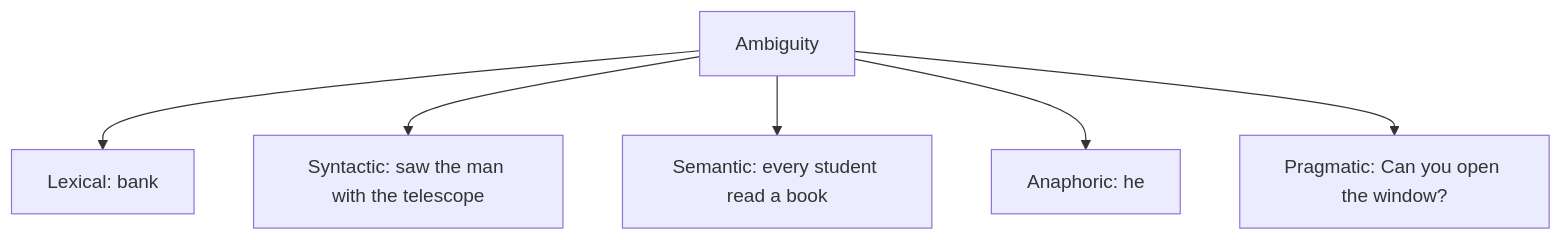
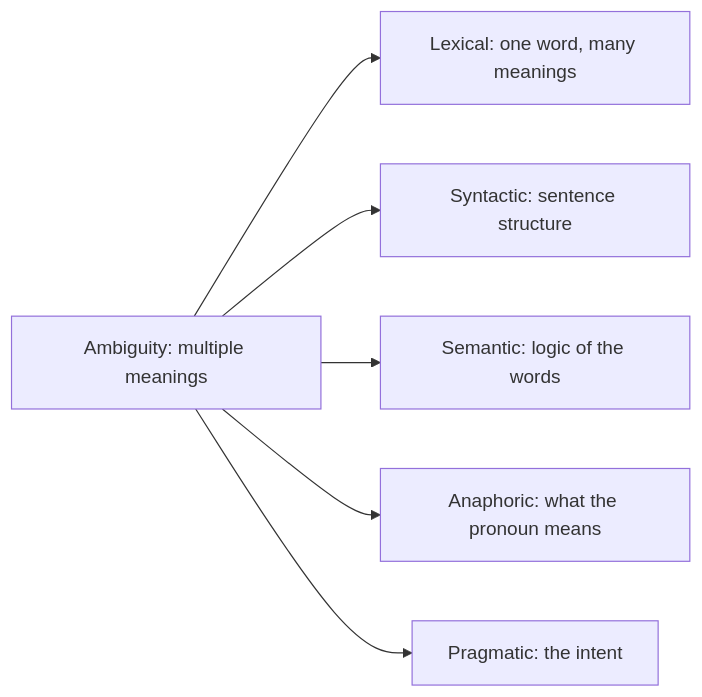
One commit to TrendySloth1001/sem-seven-notes changed the diagram in content/natural-language-processing/pyq/2024-12/q4b.mdx. Above: the diagram before and after it, drawn with Mermaid. The commit also changed other lines of this file and 406 other files, not shown here.

````diff
--- a/content/natural-language-processing/pyq/2024-12/q4b.mdx
+++ b/content/natural-language-processing/pyq/2024-12/q4b.mdx
@@ -19,9 +11,9 @@
 ```mermaid
-%% caption: Types of ambiguity, from word level to situation level.
-flowchart TD
-  A["Ambiguity"] --> L["Lexical: bank"]
-  A --> S["Syntactic: saw the man with the telescope"]
-  A --> M["Semantic: every student read a book"]
-  A --> R["Anaphoric: he"]
-  A --> P["Pragmatic: Can you open the window?"]
+%% caption: The five types of ambiguity and the NLP stage each belongs to.
+flowchart LR
+  A["Ambiguity: multiple meanings"] --> B["Lexical: one word, many meanings"]
+  A --> C["Syntactic: sentence structure"]
+  A --> D["Semantic: logic of the words"]
+  A --> E["Anaphoric: what the pronoun means"]
+  A --> F["Pragmatic: the intent"]
 ```
````
